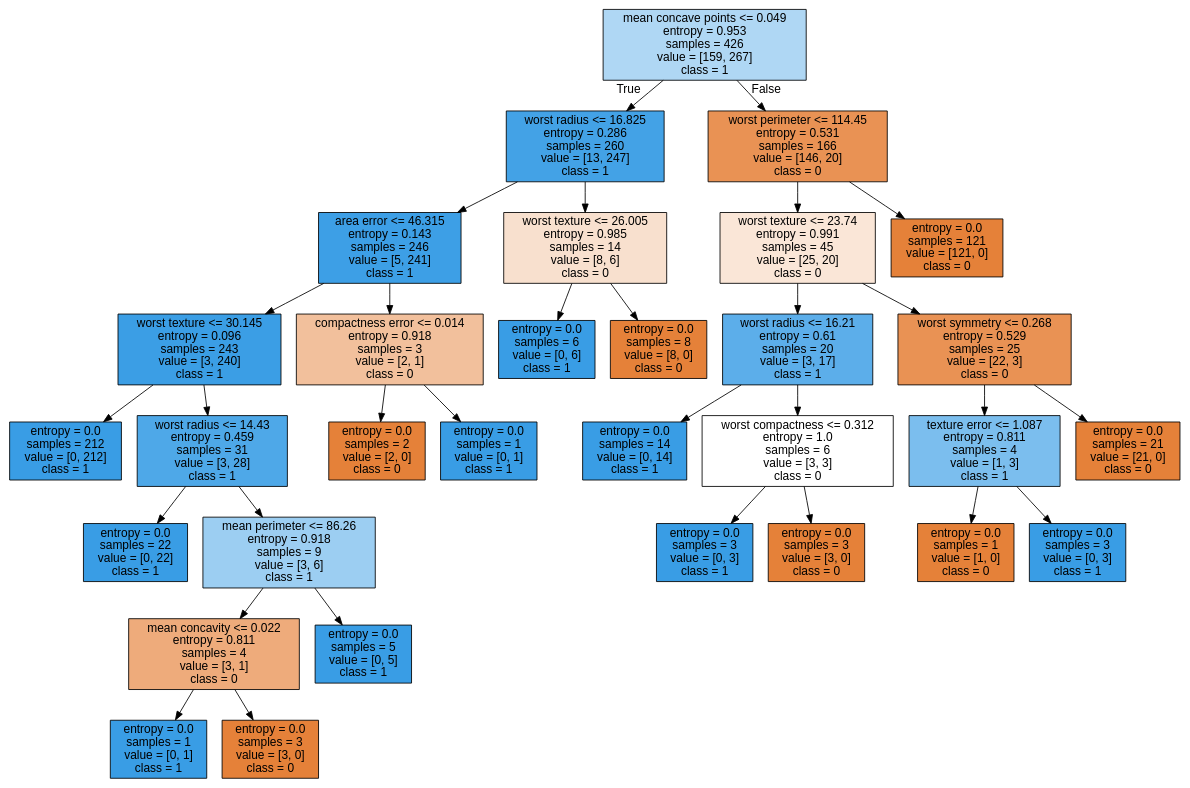
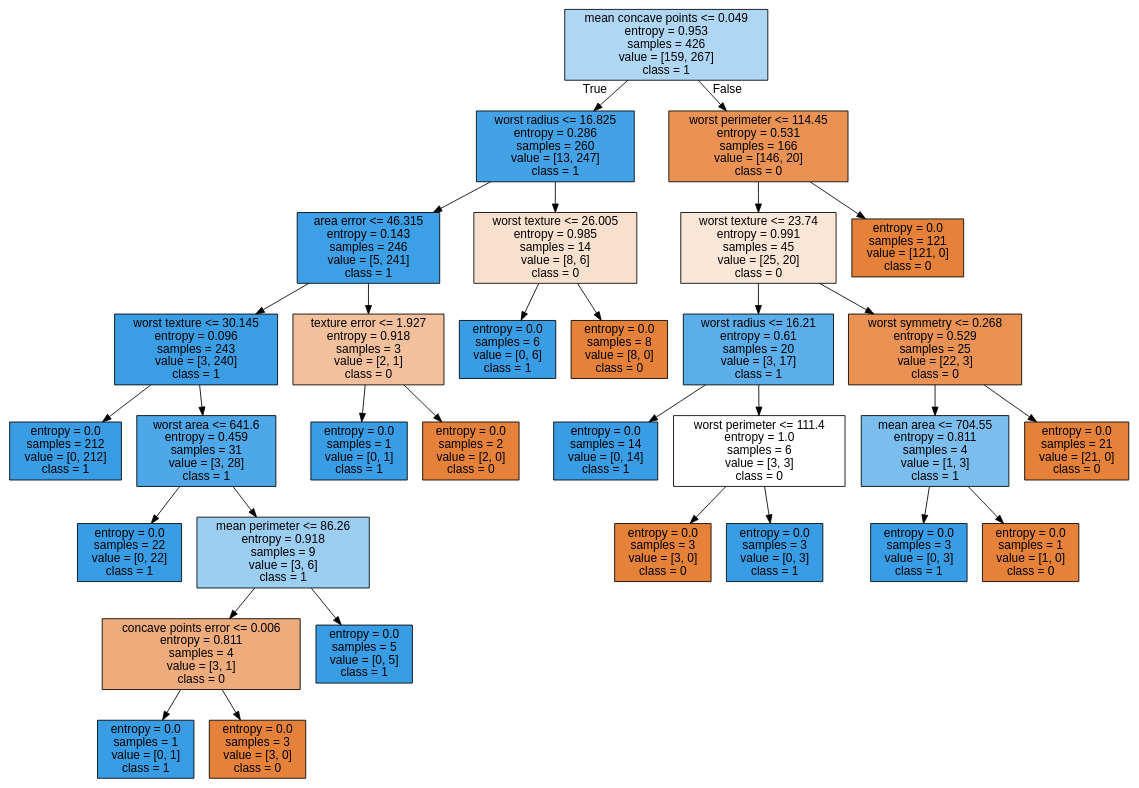
One commit to zareeiant/Intro_to_Machine_Learning_Student_Workbooks changed the diagram in tree.dot. Above: the diagram before and after it, drawn with Graphviz. The commit also changed 12 other files, not shown here.

```diff
--- a/tree.dot
+++ b/tree.dot
@@ -1,65 +1,65 @@
 digraph Tree {
 node [shape=box, style="filled", color="black", fontname="helvetica"] ;
 edge [fontname="helvetica"] ;
 0 [label="mean concave points <= 0.049\nentropy = 0.953\nsamples = 426\nvalue = [159, 267]\nclass = 1", fillcolor="#afd7f4"] ;
 1 [label="worst radius <= 16.825\nentropy = 0.286\nsamples = 260\nvalue = [13, 247]\nclass = 1", fillcolor="#43a2e6"] ;
 0 -> 1 [labeldistance=2.5, labelangle=45, headlabel="True"] ;
 2 [label="area error <= 46.315\nentropy = 0.143\nsamples = 246\nvalue = [5, 241]\nclass = 1", fillcolor="#3d9fe6"] ;
 1 -> 2 ;
 3 [label="worst texture <= 30.145\nentropy = 0.096\nsamples = 243\nvalue = [3, 240]\nclass = 1", fillcolor="#3b9ee5"] ;
 2 -> 3 ;
 4 [label="entropy = 0.0\nsamples = 212\nvalue = [0, 212]\nclass = 1", fillcolor="#399de5"] ;
 3 -> 4 ;
-5 [label="worst radius <= 14.43\nentropy = 0.459\nsamples = 31\nvalue = [3, 28]\nclass = 1", fillcolor="#4ea8e8"] ;
+5 [label="worst area <= 641.6\nentropy = 0.459\nsamples = 31\nvalue = [3, 28]\nclass = 1", fillcolor="#4ea8e8"] ;
 3 -> 5 ;
 6 [label="entropy = 0.0\nsamples = 22\nvalue = [0, 22]\nclass = 1", fillcolor="#399de5"] ;
 5 -> 6 ;
 7 [label="mean perimeter <= 86.26\nentropy = 0.918\nsamples = 9\nvalue = [3, 6]\nclass = 1", fillcolor="#9ccef2"] ;
 5 -> 7 ;
-8 [label="mean concavity <= 0.022\nentropy = 0.811\nsamples = 4\nvalue = [3, 1]\nclass = 0", fillcolor="#eeab7b"] ;
+8 [label="concave points error <= 0.006\nentropy = 0.811\nsamples = 4\nvalue = [3, 1]\nclass = 0", fillcolor="#eeab7b"] ;
 7 -> 8 ;
 9 [label="entropy = 0.0\nsamples = 1\nvalue = [0, 1]\nclass = 1", fillcolor="#399de5"] ;
 8 -> 9 ;
 10 [label="entropy = 0.0\nsamples = 3\nvalue = [3, 0]\nclass = 0", fillcolor="#e58139"] ;
 8 -> 10 ;
 11 [label="entropy = 0.0\nsamples = 5\nvalue = [0, 5]\nclass = 1", fillcolor="#399de5"] ;
 7 -> 11 ;
-12 [label="compactness error <= 0.014\nentropy = 0.918\nsamples = 3\nvalue = [2, 1]\nclass = 0", fillcolor="#f2c09c"] ;
+12 [label="texture error <= 1.927\nentropy = 0.918\nsamples = 3\nvalue = [2, 1]\nclass = 0", fillcolor="#f2c09c"] ;
 2 -> 12 ;
-13 [label="entropy = 0.0\nsamples = 2\nvalue = [2, 0]\nclass = 0", fillcolor="#e58139"] ;
+13 [label="entropy = 0.0\nsamples = 1\nvalue = [0, 1]\nclass = 1", fillcolor="#399de5"] ;
 12 -> 13 ;
-14 [label="entropy = 0.0\nsamples = 1\nvalue = [0, 1]\nclass = 1", fillcolor="#399de5"] ;
+14 [label="entropy = 0.0\nsamples = 2\nvalue = [2, 0]\nclass = 0", fillcolor="#e58139"] ;
 12 -> 14 ;
 15 [label="worst texture <= 26.005\nentropy = 0.985\nsamples = 14\nvalue = [8, 6]\nclass = 0", fillcolor="#f8e0ce"] ;
 1 -> 15 ;
 16 [label="entropy = 0.0\nsamples = 6\nvalue = [0, 6]\nclass = 1", fillcolor="#399de5"] ;
 15 -> 16 ;
 17 [label="entropy = 0.0\nsamples = 8\nvalue = [8, 0]\nclass = 0", fillcolor="#e58139"] ;
 15 -> 17 ;
 18 [label="worst perimeter <= 114.45\nentropy = 0.531\nsamples = 166\nvalue = [146, 20]\nclass = 0", fillcolor="#e99254"] ;
 0 -> 18 [labeldistance=2.5, labelangle=-45, headlabel="False"] ;
 19 [label="worst texture <= 23.74\nentropy = 0.991\nsamples = 45\nvalue = [25, 20]\nclass = 0", fillcolor="#fae6d7"] ;
 18 -> 19 ;
 20 [label="worst radius <= 16.21\nentropy = 0.61\nsamples = 20\nvalue = [3, 17]\nclass = 1", fillcolor="#5caeea"] ;
 19 -> 20 ;
 21 [label="entropy = 0.0\nsamples = 14\nvalue = [0, 14]\nclass = 1", fillcolor="#399de5"] ;
 20 -> 21 ;
-22 [label="worst compactness <= 0.312\nentropy = 1.0\nsamples = 6\nvalue = [3, 3]\nclass = 0", fillcolor="#ffffff"] ;
+22 [label="worst perimeter <= 111.4\nentropy = 1.0\nsamples = 6\nvalue = [3, 3]\nclass = 0", fillcolor="#ffffff"] ;
 20 -> 22 ;
-23 [label="entropy = 0.0\nsamples = 3\nvalue = [0, 3]\nclass = 1", fillcolor="#399de5"] ;
+23 [label="entropy = 0.0\nsamples = 3\nvalue = [3, 0]\nclass = 0", fillcolor="#e58139"] ;
 22 -> 23 ;
-24 [label="entropy = 0.0\nsamples = 3\nvalue = [3, 0]\nclass = 0", fillcolor="#e58139"] ;
+24 [label="entropy = 0.0\nsamples = 3\nvalue = [0, 3]\nclass = 1", fillcolor="#399de5"] ;
 22 -> 24 ;
 25 [label="worst symmetry <= 0.268\nentropy = 0.529\nsamples = 25\nvalue = [22, 3]\nclass = 0", fillcolor="#e99254"] ;
 19 -> 25 ;
-26 [label="texture error <= 1.087\nentropy = 0.811\nsamples = 4\nvalue = [1, 3]\nclass = 1", fillcolor="#7bbeee"] ;
+26 [label="mean area <= 704.55\nentropy = 0.811\nsamples = 4\nvalue = [1, 3]\nclass = 1", fillcolor="#7bbeee"] ;
 25 -> 26 ;
-27 [label="entropy = 0.0\nsamples = 1\nvalue = [1, 0]\nclass = 0", fillcolor="#e58139"] ;
+27 [label="entropy = 0.0\nsamples = 3\nvalue = [0, 3]\nclass = 1", fillcolor="#399de5"] ;
 26 -> 27 ;
-28 [label="entropy = 0.0\nsamples = 3\nvalue = [0, 3]\nclass = 1", fillcolor="#399de5"] ;
+28 [label="entropy = 0.0\nsamples = 1\nvalue = [1, 0]\nclass = 0", fillcolor="#e58139"] ;
 26 -> 28 ;
 29 [label="entropy = 0.0\nsamples = 21\nvalue = [21, 0]\nclass = 0", fillcolor="#e58139"] ;
 25 -> 29 ;
 30 [label="entropy = 0.0\nsamples = 121\nvalue = [121, 0]\nclass = 0", fillcolor="#e58139"] ;
 18 -> 30 ;
 }
```
